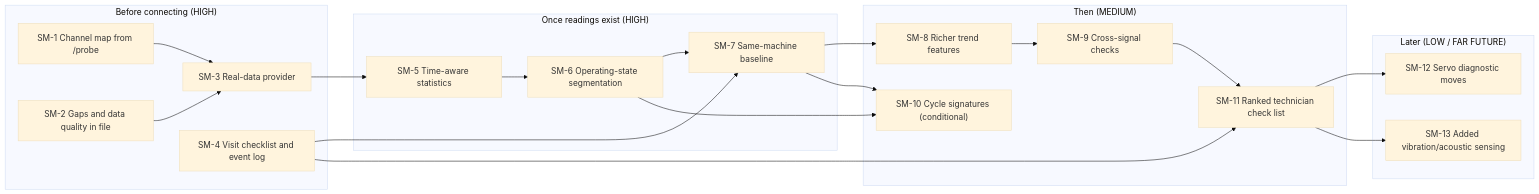
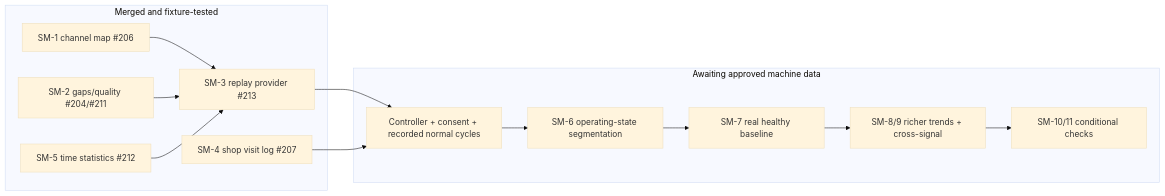
One commit to peyton150-startup/Capstone_Project_CMU changed the diagram in docs/MVP_SCOPE.md. Above: the diagram before and after it, drawn with Mermaid (base theme). The commit also changed other lines of this file, not shown here.

Commit message:
Correct stale detailed implementation statuses; flag real anomaly detector unfinished and refresh SM chart

````diff
--- a/docs/MVP_SCOPE.md
+++ b/docs/MVP_SCOPE.md
@@ -360,33 +360,23 @@
 ```mermaid
 flowchart LR
-    subgraph A["Before connecting (HIGH)"]
-        SM1["SM-1 Channel map from /probe"]
-        SM2["SM-2 Gaps and data quality in file"]
-        SM3["SM-3 Real-data provider"]
-        SM4["SM-4 Visit checklist and event log"]
-    end
-    subgraph B["Once readings exist (HIGH)"]
-        SM5["SM-5 Time-aware statistics"]
-        SM6["SM-6 Operating-state segmentation"]
-        SM7["SM-7 Same-machine baseline"]
-    end
-    subgraph C["Then (MEDIUM)"]
-        SM8["SM-8 Richer trend features"]
-        SM9["SM-9 Cross-signal checks"]
-        SM10["SM-10 Cycle signatures (conditional)"]
-        SM11["SM-11 Ranked technician check list"]
-    end
-    subgraph D["Later (LOW / FAR FUTURE)"]
-        SM12["SM-12 Servo diagnostic moves"]
-        SM13["SM-13 Added vibration/acoustic sensing"]
-    end
-    SM1 --> SM3
-    SM2 --> SM3
-    SM3 --> SM5 --> SM6 --> SM7 --> SM8 --> SM9 --> SM11
-    SM4 --> SM7
-    SM4 --> SM11
-    SM6 --> SM10
-    SM7 --> SM10
-    SM11 --> SM12
-    SM11 --> SM13
+  subgraph Built["Merged and fixture-tested"]
+    SM1["SM-1 channel map #206"]
+    SM2["SM-2 gaps/quality #204/#211"]
+    SM3["SM-3 replay provider #213"]
+    SM4["SM-4 shop visit log #207"]
+    SM5["SM-5 time statistics #212"]
+  end
+  subgraph Pending["Awaiting approved machine data"]
+    Visit["Controller + consent + recorded normal cycles"]
+    SM6["SM-6 operating-state segmentation"]
+    SM7["SM-7 real healthy baseline"]
+    SM89["SM-8/9 richer trends + cross-signal"]
+    SM1011["SM-10/11 conditional checks"]
+  end
+  SM1 --> SM3
+  SM2 --> SM3
+  SM5 --> SM3
+  SM3 --> Visit
+  SM4 --> Visit
+  Visit --> SM6 --> SM7 --> SM89 --> SM1011
 ```
````
